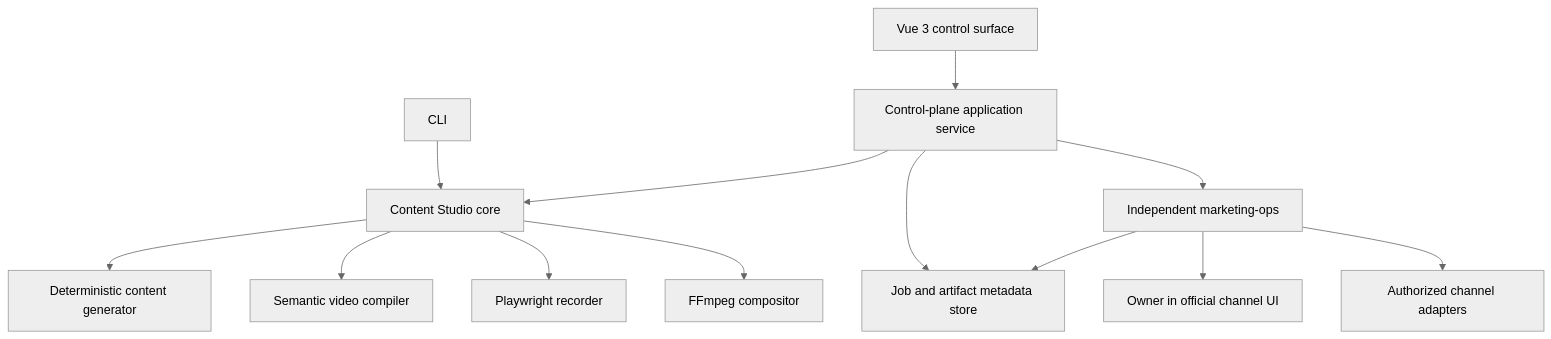
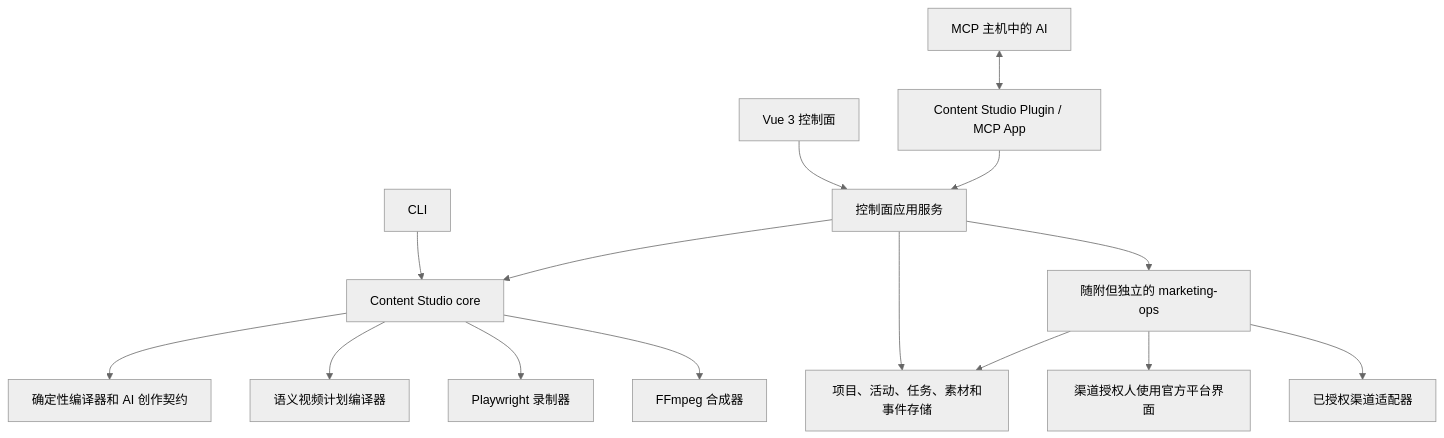
The diagram in docs/architecture.md (IllegalCreed/content-studio), drawn with Mermaid (neutral theme) before and after one commit. The commit also changed other lines of this file and 56 other files, not shown here.

Commit message:
feat: add local runtime activity flow

````diff
--- a/docs/architecture.md
+++ b/docs/architecture.md
@@ -5,15 +8,17 @@
 ```mermaid
 flowchart TB
-  UI["Vue 3 control surface"] --> API["Control-plane application service"]
+  AI["MCP 主机中的 AI"] <--> MCP["Content Studio Plugin / MCP App"]
+  UI["Vue 3 控制面"] --> APP["控制面应用服务"]
+  MCP --> APP
   CLI["CLI"] --> CORE["Content Studio core"]
-  API --> CORE
-  CORE --> GEN["Deterministic content generator"]
-  CORE --> PLAN["Semantic video compiler"]
-  CORE --> REC["Playwright recorder"]
-  CORE --> COMP["FFmpeg compositor"]
-  API --> STORE["Job and artifact metadata store"]
-  API --> MO["Independent marketing-ops"]
-  MO --> OWNER["Owner in official channel UI"]
-  MO --> CH["Authorized channel adapters"]
+  APP --> CORE
+  APP --> STORE["项目、活动、任务、素材和事件存储"]
+  CORE --> GEN["确定性编译器和 AI 创作契约"]
+  CORE --> PLAN["语义视频计划编译器"]
+  CORE --> REC["Playwright 录制器"]
+  CORE --> COMP["FFmpeg 合成器"]
+  APP --> MO["随附但独立的 marketing-ops"]
+  MO --> PERSON["渠道授权人使用官方平台界面"]
+  MO --> CHANNEL["已授权渠道适配器"]
   MO --> STORE
 ```
````
